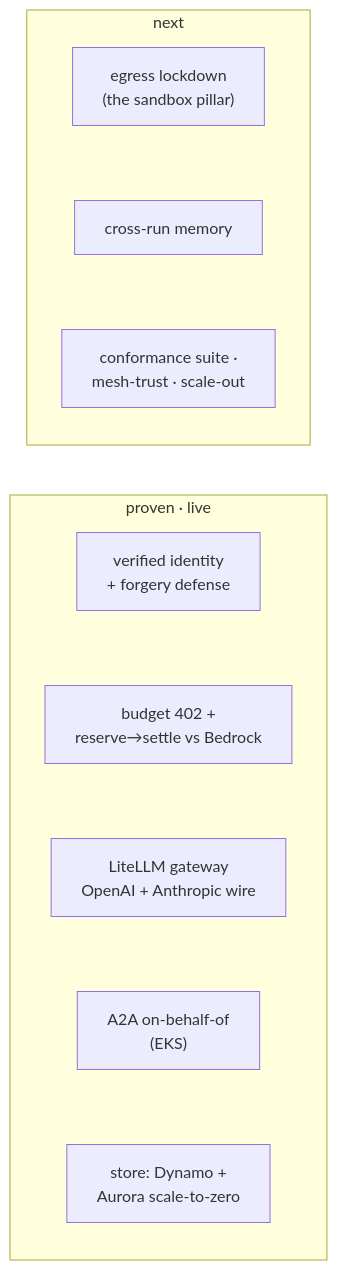
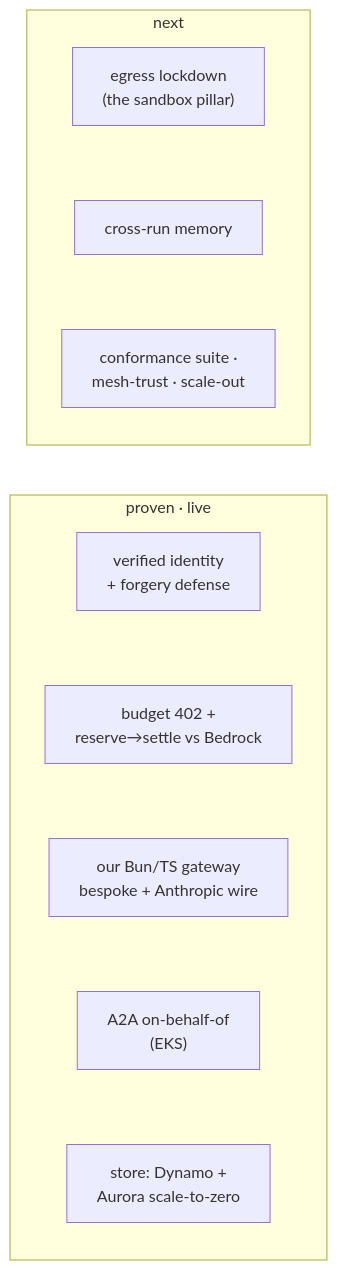
Diagram 17 of 17 in docs/walkthrough-slides.md (tilsley/creance), drawn with Mermaid before and after one commit. The commit also changed other lines of this file and 22 other files, not shown here.

````diff
--- a/docs/walkthrough-slides.md
+++ b/docs/walkthrough-slides.md
@@ -253,9 +253,9 @@
 ```mermaid
 flowchart LR
   subgraph RUNS["proven · live"]
-    R1["verified identity<br/>+ forgery defense"] ~~~ R2["budget 402 +<br/>reserve→settle vs Bedrock"] ~~~ R3["LiteLLM gateway<br/>OpenAI + Anthropic wire"] ~~~ R4["A2A on-behalf-of<br/>(EKS)"] ~~~ R5["store: Dynamo +<br/>Aurora scale-to-zero"]
+    R1["verified identity<br/>+ forgery defense"] ~~~ R2["budget 402 +<br/>reserve→settle vs Bedrock"] ~~~ R3["our Bun/TS gateway<br/>bespoke + Anthropic wire"] ~~~ R4["A2A on-behalf-of<br/>(EKS)"] ~~~ R5["store: Dynamo +<br/>Aurora scale-to-zero"]
   end
   subgraph NEXT["next"]
     N1["egress lockdown<br/>(the sandbox pillar)"] ~~~ N2["cross-run memory"] ~~~ N3["conformance suite ·<br/>mesh-trust · scale-out"]
   end
 ```
````
